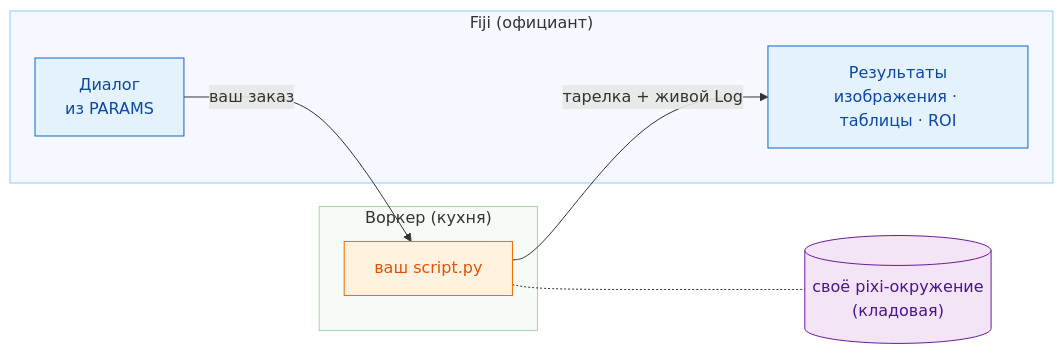
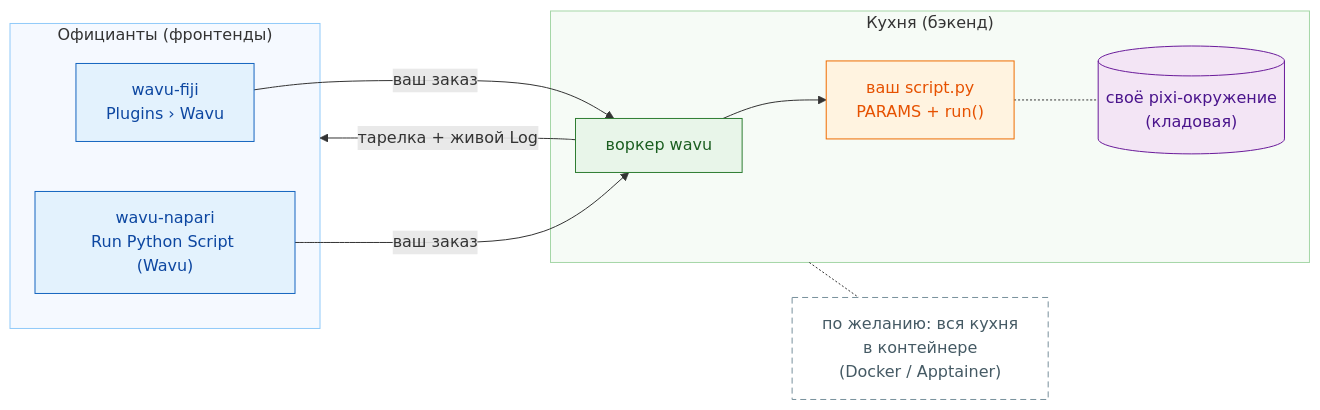
Before and after one commit to Oxford-Zeiss-Centre-of-Excellence/Wavu: the diagram in guide/index.ru.md, drawn with Mermaid. The commit also changed other lines of this file and 218 other files, not shown here.

First line of the commit message:
feat: Wavu core + two frontends (wavu-fiji, wavu-napari); remote/container connect; reworked guide

````diff
--- a/guide/index.ru.md
+++ b/guide/index.ru.md
@@ -20,22 +21,28 @@
 ```mermaid
 flowchart LR
-    subgraph FIJI["Fiji (официант)"]
-        D["Диалог<br/>из PARAMS"]:::fiji
-        R["Результаты<br/>изображения · таблицы · ROI"]:::fiji
+    subgraph FE["Официанты (фронтенды)"]
+        F["wavu-fiji<br/>Plugins › Wavu"]:::fiji
+        N["wavu-napari<br/>Run Python Script (Wavu)"]:::fiji
     end
-    subgraph PY["Воркер (кухня)"]
-        S["ваш script.py"]:::script
+    subgraph BE["Кухня (бэкенд)"]
+        W["воркер wavu"]:::worker
+        S["ваш script.py<br/>PARAMS + run()"]:::script
+        E[("своё pixi-окружение<br/>(кладовая)")]:::env
     end
-    E[("своё pixi-окружение<br/>(кладовая)")]:::env
+    C["по желанию: вся кухня<br/>в контейнере<br/>(Docker / Apptainer)"]:::box
+    BE -.- C
 
-    D -- "ваш заказ" --> S
+    F -- "ваш заказ" --> W
+    N -- "ваш заказ" --> W
+    W --> S
     S -.- E
-    S -- "тарелка + живой Log" --> R
+    W -- "тарелка + живой Log" --> FE
 
     classDef fiji   fill:#e3f2fd,stroke:#1565c0,color:#0d47a1
     classDef worker fill:#e8f5e9,stroke:#2e7d32,color:#1b5e20
     classDef script fill:#fff3e0,stroke:#ef6c00,color:#e65100
     classDef env    fill:#f3e5f5,stroke:#6a1b9a,color:#4a148c
-    style FIJI fill:#f5f9ff,stroke:#90caf9
-    style PY   fill:#f6fbf6,stroke:#a5d6a7
+    style FE fill:#f5f9ff,stroke:#90caf9
+    style BE fill:#f6fbf6,stroke:#a5d6a7
+    classDef box    fill:#ffffff,stroke:#78909c,stroke-dasharray: 6 4,color:#455a64
 ```
````
